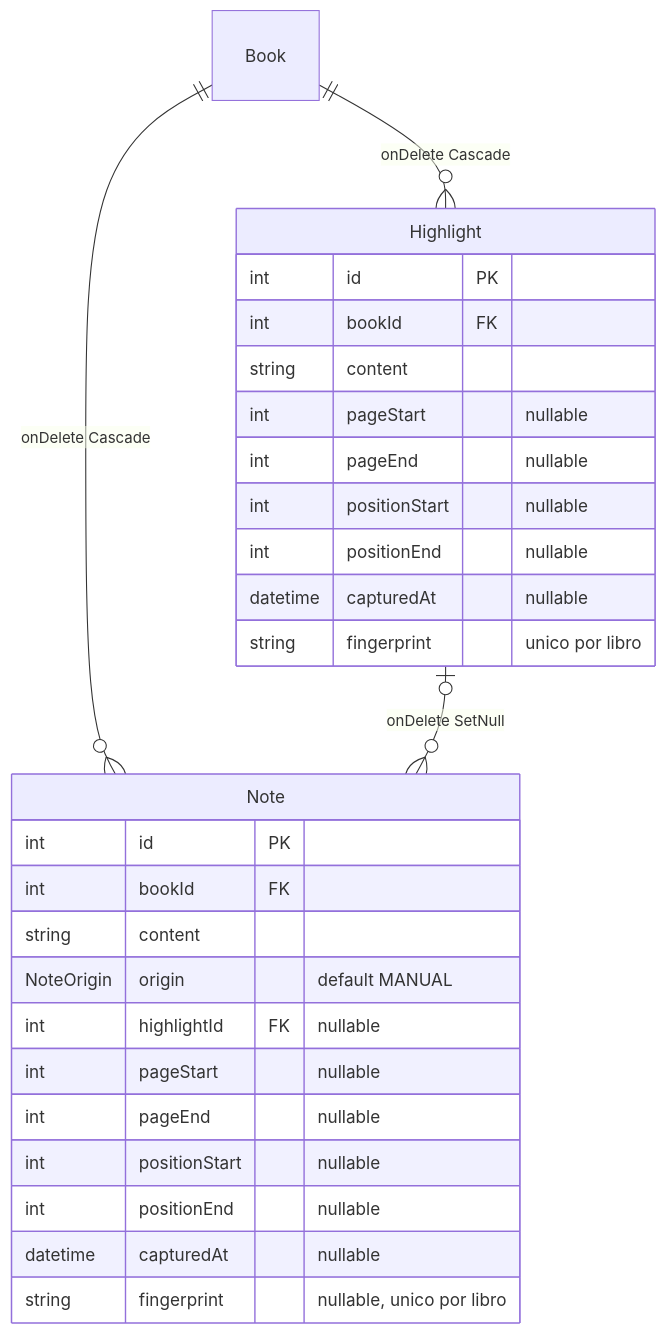
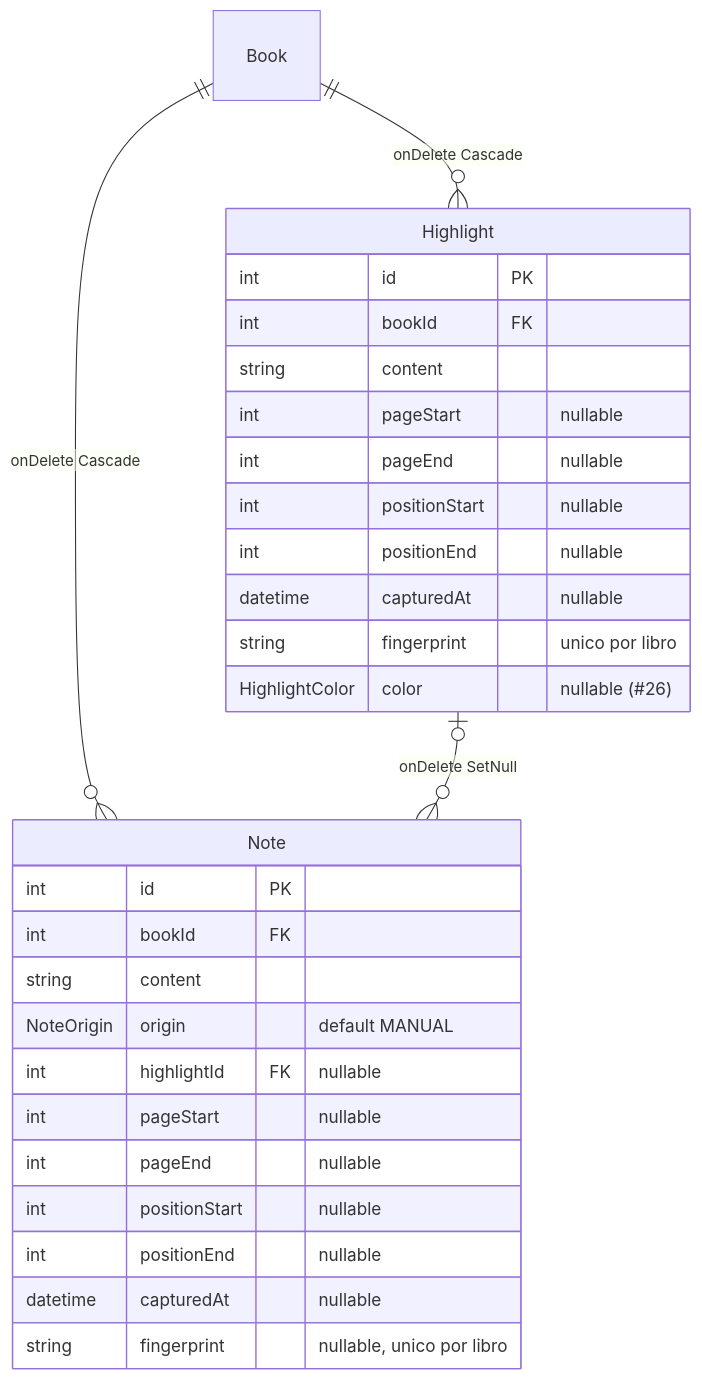
One commit to tomyleca/booklog changed the second of 3 diagrams in docs/guides/annotations-model.md. Above: the diagram before and after it, drawn with Mermaid. The commit also changed other lines of this file and 57 other files, not shown here.

````diff
--- a/docs/guides/annotations-model.md
+++ b/docs/guides/annotations-model.md
@@ -126,31 +131,32 @@
 ```mermaid
 erDiagram
     Book ||--o{ Note : "onDelete Cascade"
     Book ||--o{ Highlight : "onDelete Cascade"
     Highlight |o--o{ Note : "onDelete SetNull"
 
     Note {
         int id PK
         int bookId FK
         string content
         NoteOrigin origin "default MANUAL"
         int highlightId FK "nullable"
         int pageStart "nullable"
         int pageEnd "nullable"
         int positionStart "nullable"
         int positionEnd "nullable"
         datetime capturedAt "nullable"
         string fingerprint "nullable, unico por libro"
     }
     Highlight {
         int id PK
         int bookId FK
         string content
         int pageStart "nullable"
         int pageEnd "nullable"
         int positionStart "nullable"
         int positionEnd "nullable"
         datetime capturedAt "nullable"
         string fingerprint "unico por libro"
+        HighlightColor color "nullable (#26)"
     }
 ```
````
